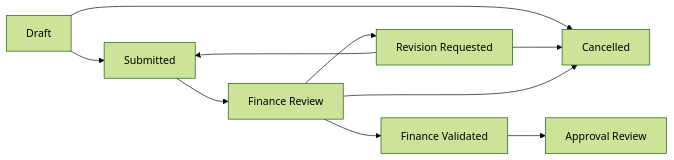
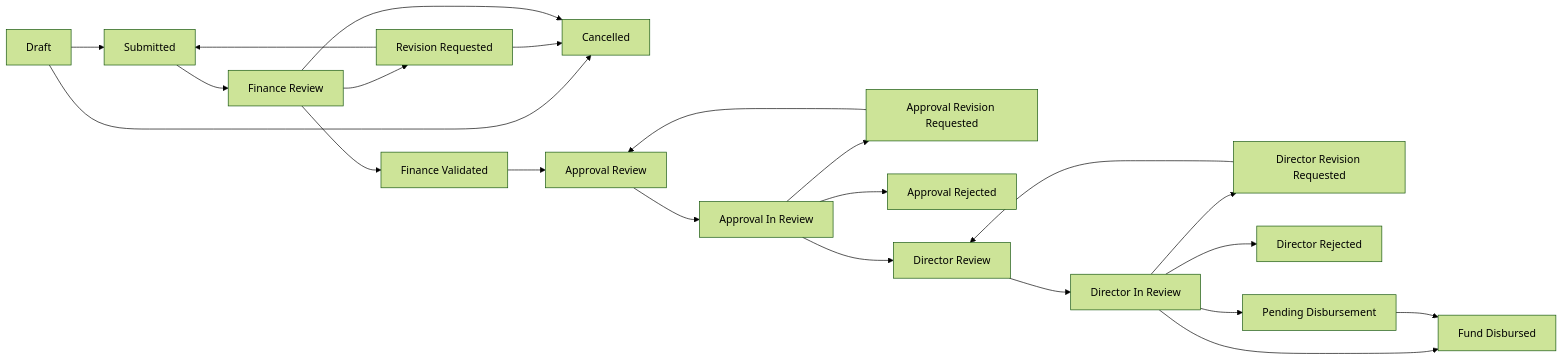
The diagram in README.md (portalkdkmp-id/keuangan_dev), drawn with Mermaid (forest theme) before and after one commit. The commit also changed other lines of this file and 48 other files, not shown here.

Commit message:
feature: init direktur flow

````diff
--- a/README.md
+++ b/README.md
@@ -122,12 +130,24 @@
 ```mermaid
 flowchart LR
     draft[Draft] --> submitted[Submitted]
     draft --> cancelled[Cancelled]
     submitted --> finance_review[Finance Review]
     finance_review --> revision_requested[Revision Requested]
     revision_requested --> submitted
     revision_requested --> cancelled
     finance_review --> cancelled
     finance_review --> finance_validated[Finance Validated]
     finance_validated --> approval_review[Approval Review]
+    approval_review --> approval_in_review[Approval In Review]
+    approval_in_review --> approval_revision_requested[Approval Revision Requested]
+    approval_revision_requested --> approval_review
+    approval_in_review --> approval_rejected[Approval Rejected]
+    approval_in_review --> director_review[Director Review]
+    director_review --> director_in_review[Director In Review]
+    director_in_review --> director_revision_requested[Director Revision Requested]
+    director_revision_requested --> director_review
+    director_in_review --> director_rejected[Director Rejected]
+    director_in_review --> pending_disbursement[Pending Disbursement]
+    director_in_review --> fund_disbursed[Fund Disbursed]
+    pending_disbursement --> fund_disbursed
 ```
````
